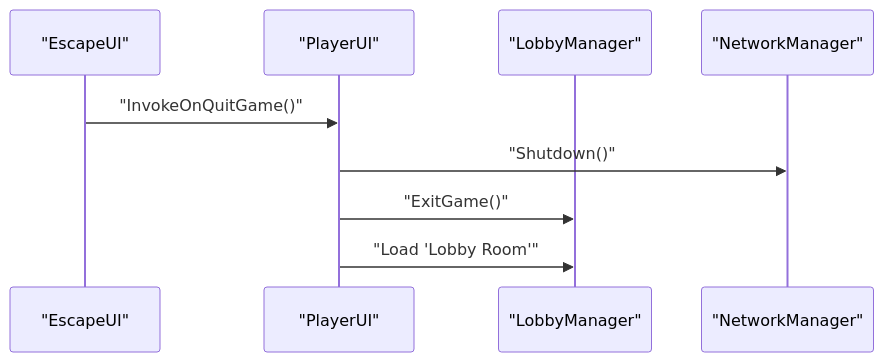
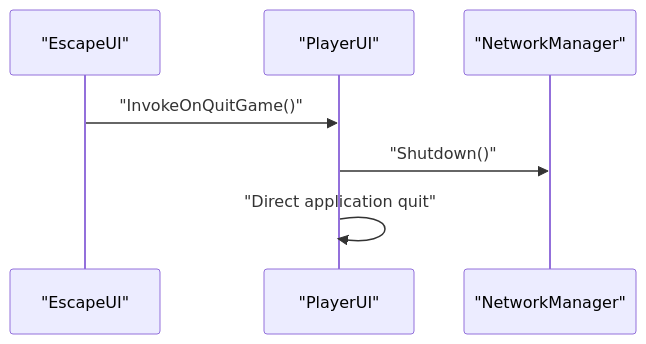
The sixth of 7 diagrams in .qoder/repowiki/en/content/User Interface System/Escape Menu.md (kandeng/openclaw_battle_game), drawn with Mermaid before and after one commit. The commit also changed other lines of this file and 20 other files, not shown here.

````diff
--- a/.qoder/repowiki/en/content/User Interface System/Escape Menu.md
+++ b/.qoder/repowiki/en/content/User Interface System/Escape Menu.md
@@ -324,11 +339,9 @@
 ```mermaid
 sequenceDiagram
 participant Escape as "EscapeUI"
 participant PlayerUI as "PlayerUI"
-participant Lobby as "LobbyManager"
 participant Net as "NetworkManager"
 Escape->>PlayerUI : "InvokeOnQuitGame()"
 PlayerUI->>Net : "Shutdown()"
-PlayerUI->>Lobby : "ExitGame()"
-PlayerUI->>Lobby : "Load 'Lobby Room'"
+PlayerUI->>PlayerUI : "Direct application quit"
 ```
````
